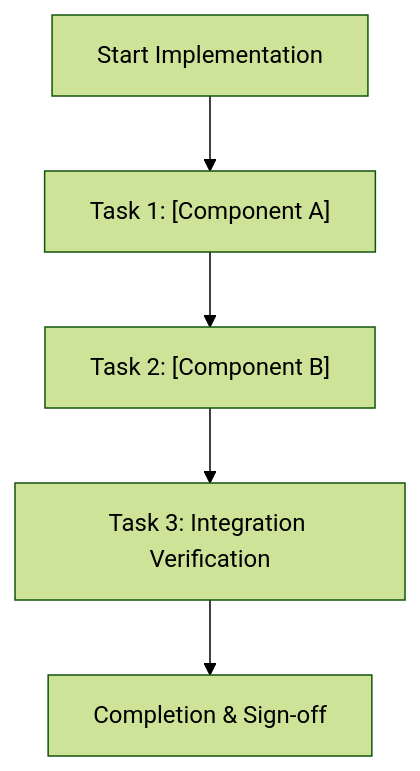
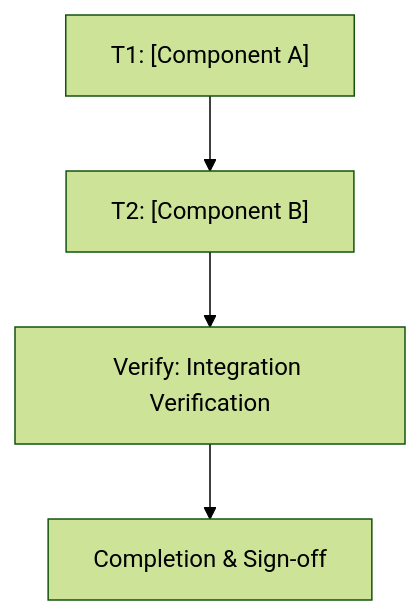
The diagram in templates/implementation-plan-template.md (belajarcarabelajar/ai-skills), drawn with Mermaid (forest theme) before and after one commit. The commit also changed other lines of this file and 5 other files, not shown here.

First line of the commit message:
feat: add deterministic ultra-plan schema and zero-dep DAG runner

````diff
--- a/templates/implementation-plan-template.md
+++ b/templates/implementation-plan-template.md
@@ -12,7 +39,6 @@
 ```mermaid
 flowchart TD
-    Start["Start Implementation"] --> Task1["Task 1: [Component A]"]
-    Task1 --> Task2["Task 2: [Component B]"]
-    Task2 --> Verify["Task 3: Integration Verification"]
+    T1["T1: [Component A]"] --> T2["T2: [Component B]"]
+    T2 --> Verify["Verify: Integration Verification"]
     Verify --> Finish["Completion & Sign-off"]
 ```
````
